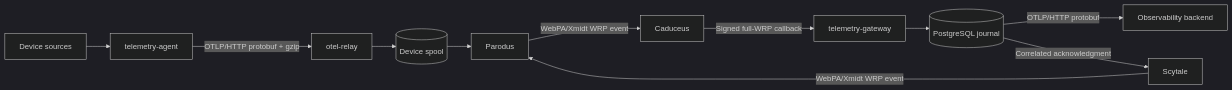
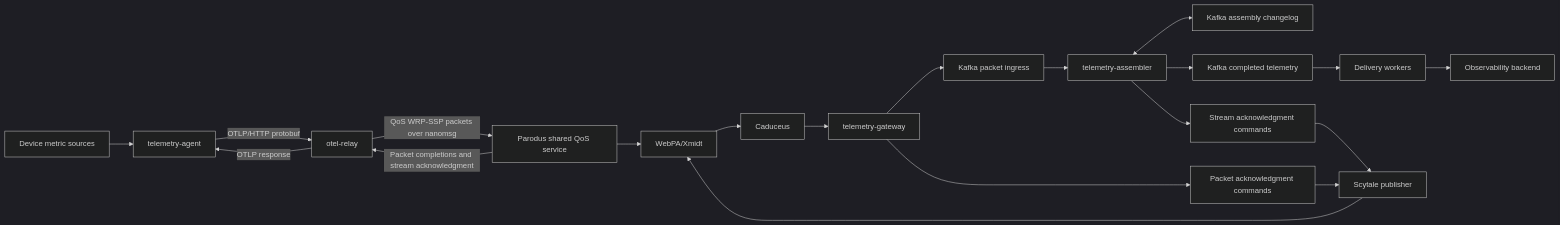
Before and after one commit to gdcs-dev/otel-docs: the diagram in docs/otel-over-webpa-proposal.md, drawn with Mermaid (dark theme). The commit also changed other lines of this file, not shown here.

````diff
--- a/docs/otel-over-webpa-proposal.md
+++ b/docs/otel-over-webpa-proposal.md
@@ -21,13 +39,22 @@
 ```mermaid
 flowchart LR
-    S[Device sources] --> A[telemetry-agent]
-    A -->|OTLP/HTTP protobuf + gzip| R[otel-relay]
-    R --> DS[(Device spool)]
-    DS --> P[Parodus]
-    P -->|WebPA/Xmidt WRP event| C[Caduceus]
-    C -->|Signed full-WRP callback| G[telemetry-gateway]
-    G --> PG[(PostgreSQL journal)]
-    PG -->|OTLP/HTTP protobuf| O[Observability backend]
-    PG -->|Correlated acknowledgment| SC[Scytale]
-    SC -->|WebPA/Xmidt WRP event| P
+    S[Device metric sources] --> A[telemetry-agent]
+    A -->|OTLP/HTTP protobuf| R[otel-relay]
+  R -->|QoS WRP-SSP packets over nanomsg| P[Parodus shared QoS service]
+    P --> X[WebPA/Xmidt]
+    X --> C[Caduceus]
+    C --> G[telemetry-gateway]
+  G --> KP[Kafka packet ingress]
+  KP --> AS[telemetry-assembler]
+  AS <--> CH[Kafka assembly changelog]
+  AS --> K[Kafka completed telemetry]
+  K --> D[Delivery workers]
+    D --> O[Observability backend]
+  G --> PA[Packet acknowledgment commands]
+  AS --> SA[Stream acknowledgment commands]
+  PA --> SC[Scytale publisher]
+  SA --> SC
+    SC --> X
+  P -->|Packet completions and stream acknowledgment| R
+    R -->|OTLP response| A
 ```
````
